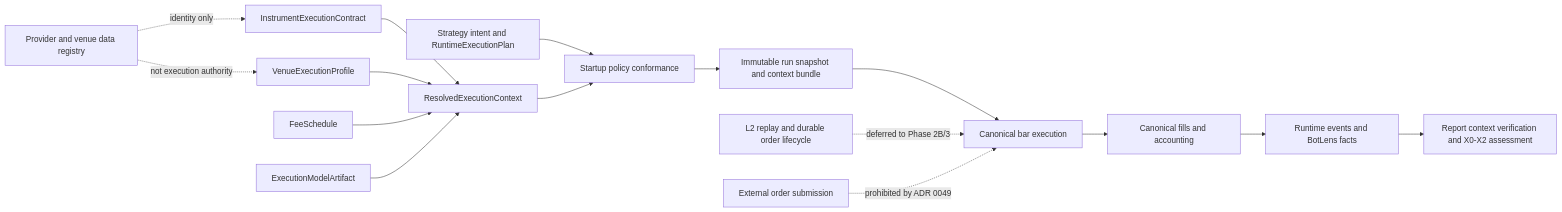
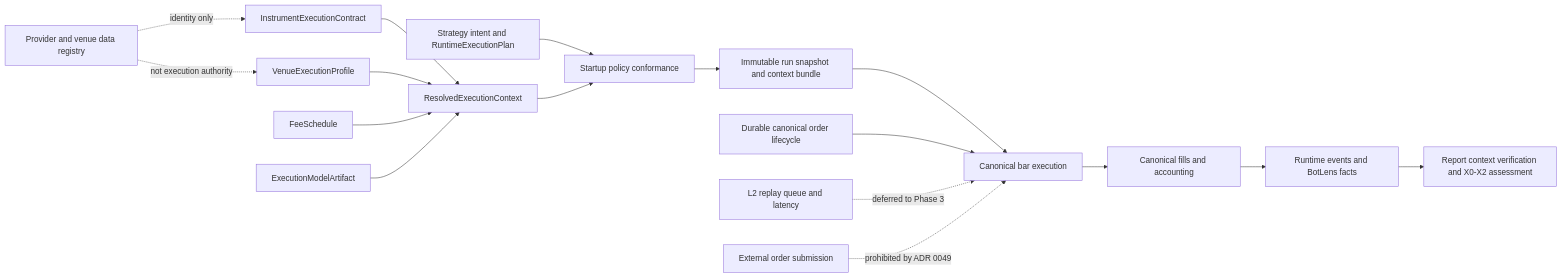
The diagram in docs/architecture/execution-runtime/diagrams/resolved-execution-context.mmd (elijahbrookss/quant-trad), drawn with Mermaid before and after one commit. The commit also changed 12 other files, not shown here.

Commit message:
docs: ratify durable order lifecycle

```diff
--- a/docs/architecture/execution-runtime/diagrams/resolved-execution-context.mmd
+++ b/docs/architecture/execution-runtime/diagrams/resolved-execution-context.mmd
@@ -1,17 +1,18 @@
 flowchart LR
     SI[Strategy intent and RuntimeExecutionPlan] --> PC[Startup policy conformance]
     IC[InstrumentExecutionContract] --> RC[ResolvedExecutionContext]
     VP[VenueExecutionProfile] --> RC
     FS[FeeSchedule] --> RC
     EM[ExecutionModelArtifact] --> RC
     RC --> PC
     PC --> RS[Immutable run snapshot and context bundle]
     RS --> EX[Canonical bar execution]
     EX --> CF[Canonical fills and accounting]
     CF --> EV[Runtime events and BotLens facts]
     EV --> RP[Report context verification and X0-X2 assessment]
 
     PA[Provider and venue data registry] -. identity only .-> IC
     PA -. not execution authority .-> VP
-    L2[L2 replay and durable order lifecycle] -. deferred to Phase 2B/3 .-> EX
+    OL[Durable canonical order lifecycle] --> EX
+    L2[L2 replay queue and latency] -. deferred to Phase 3 .-> EX
     LIVE[External order submission] -. prohibited by ADR 0049 .-> EX
```
